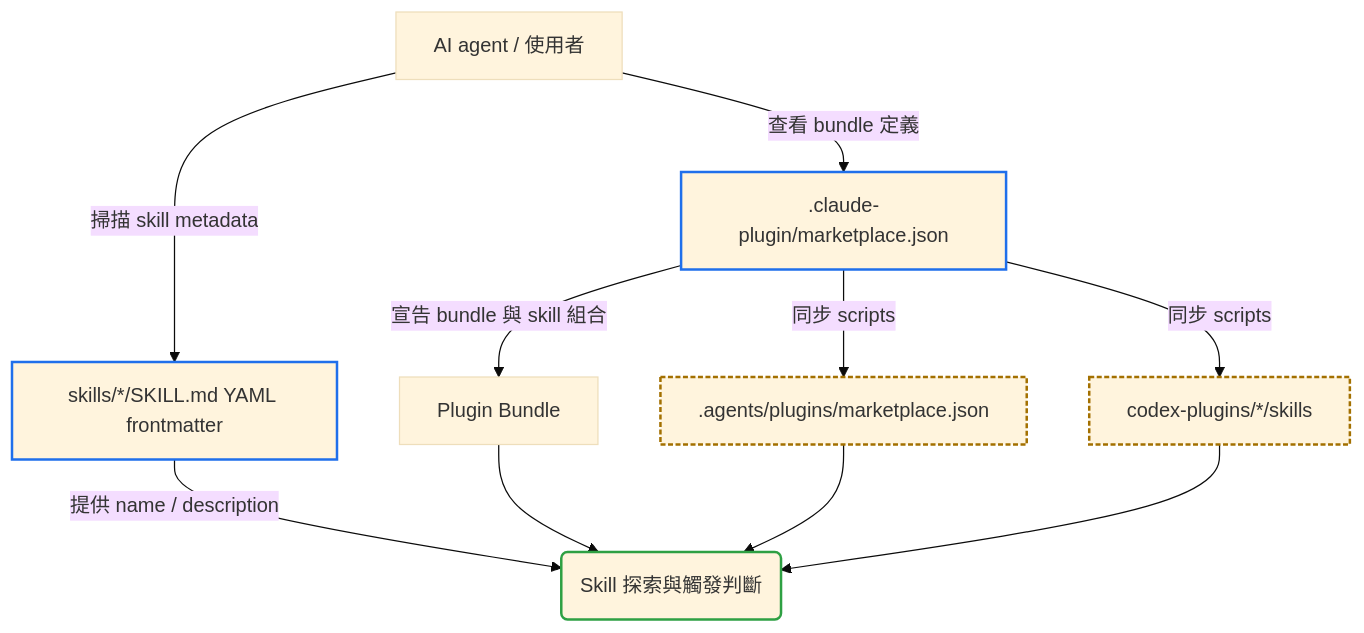
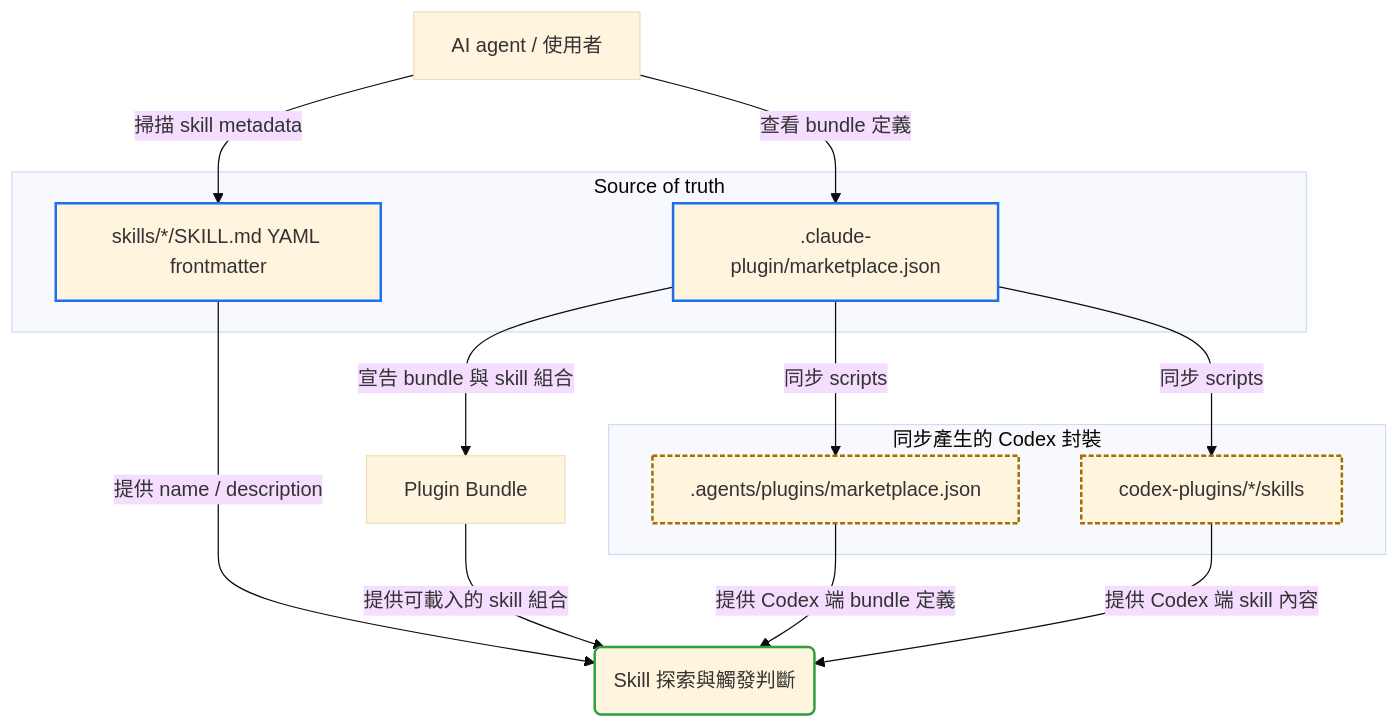
Before and after one commit to Aery9527/aery-marketplace: the diagram in README.md, drawn with Mermaid (base theme). The commit also changed 8 other files, not shown here.

First line of the commit message:
feat(write-md): add Mermaid escaping, identifier, and render-verification rules

````diff
--- a/README.md
+++ b/README.md
@@ -21,20 +21,34 @@
 ```mermaid
 flowchart TD
-    Agent["AI agent / 使用者"] -->|查看 bundle 定義| Marketplace[".claude-plugin/marketplace.json"]
-    Agent -->|掃描 skill metadata| Frontmatter["skills/*/SKILL.md YAML frontmatter"]
-    Marketplace -->|宣告 bundle 與 skill 組合| Bundle["Plugin Bundle"]
-    Marketplace -->|同步 scripts| CodexMarketplace[".agents/plugins/marketplace.json"]
-    Marketplace -->|同步 scripts| CodexPackages["codex-plugins/*/skills"]
-    Frontmatter -->|提供 name / description| Discovery("Skill 探索與觸發判斷")
-    Bundle --> Discovery
-    CodexMarketplace --> Discovery
-    CodexPackages --> Discovery
+    Agent["AI agent / 使用者"]
+    Bundle["Plugin Bundle"]
+    Discovery("Skill 探索與觸發判斷")
+
+    subgraph Truth["Source of truth"]
+        Marketplace[".claude-plugin/marketplace.json"]
+        Frontmatter["skills/*/SKILL.md YAML frontmatter"]
+    end
+
+    subgraph Package["同步產生的 Codex 封裝"]
+        CodexMarketplace[".agents/plugins/marketplace.json"]
+        CodexPackages["codex-plugins/*/skills"]
+    end
+
+    Agent -->|查看 bundle 定義| Marketplace
+    Agent -->|掃描 skill metadata| Frontmatter
+    Marketplace -->|宣告 bundle 與 skill 組合| Bundle
+    Marketplace -->|同步 scripts| CodexMarketplace
+    Marketplace -->|同步 scripts| CodexPackages
+    Frontmatter -->|提供 name / description| Discovery
+    Bundle -->|提供可載入的 skill 組合| Discovery
+    CodexMarketplace -->|提供 Codex 端 bundle 定義| Discovery
+    CodexPackages -->|提供 Codex 端 skill 內容| Discovery
 
     classDef source stroke:#1f6feb,stroke-width:2px
     classDef synced stroke:#a37000,stroke-width:2px,stroke-dasharray:4 2
     classDef output stroke:#2ea043,stroke-width:2px
 
     class Marketplace,Frontmatter source
     class CodexMarketplace,CodexPackages synced
     class Discovery output
 ```
````
